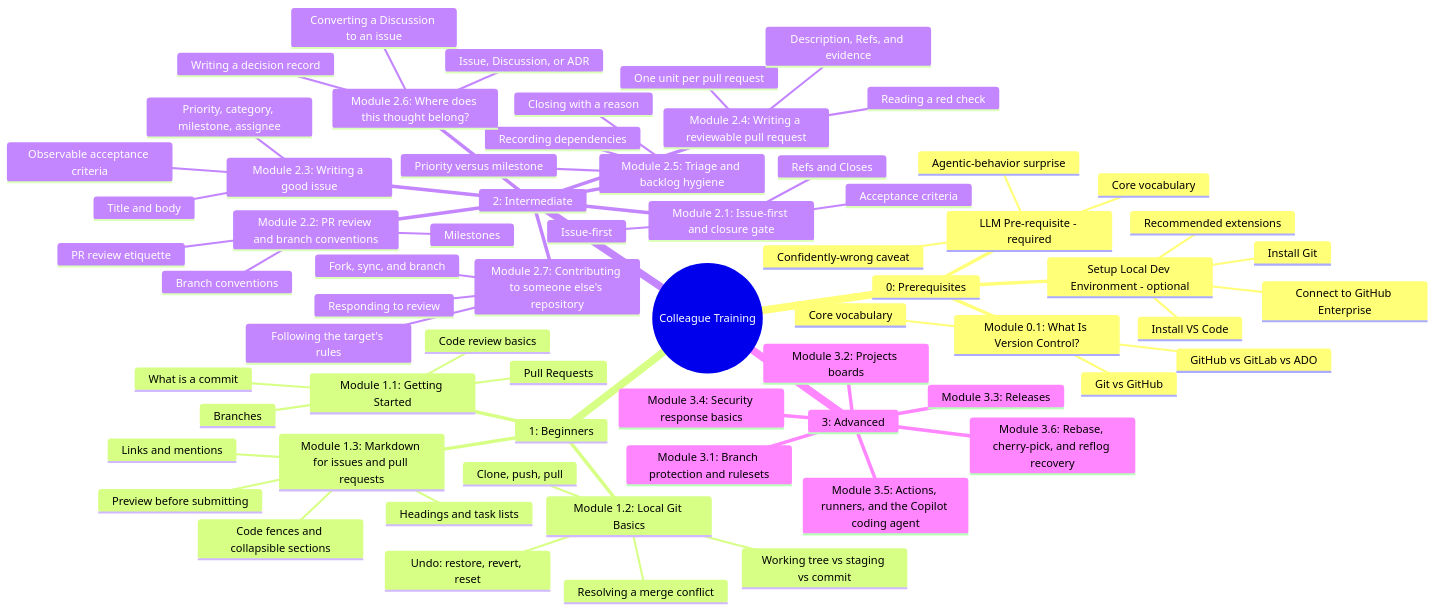
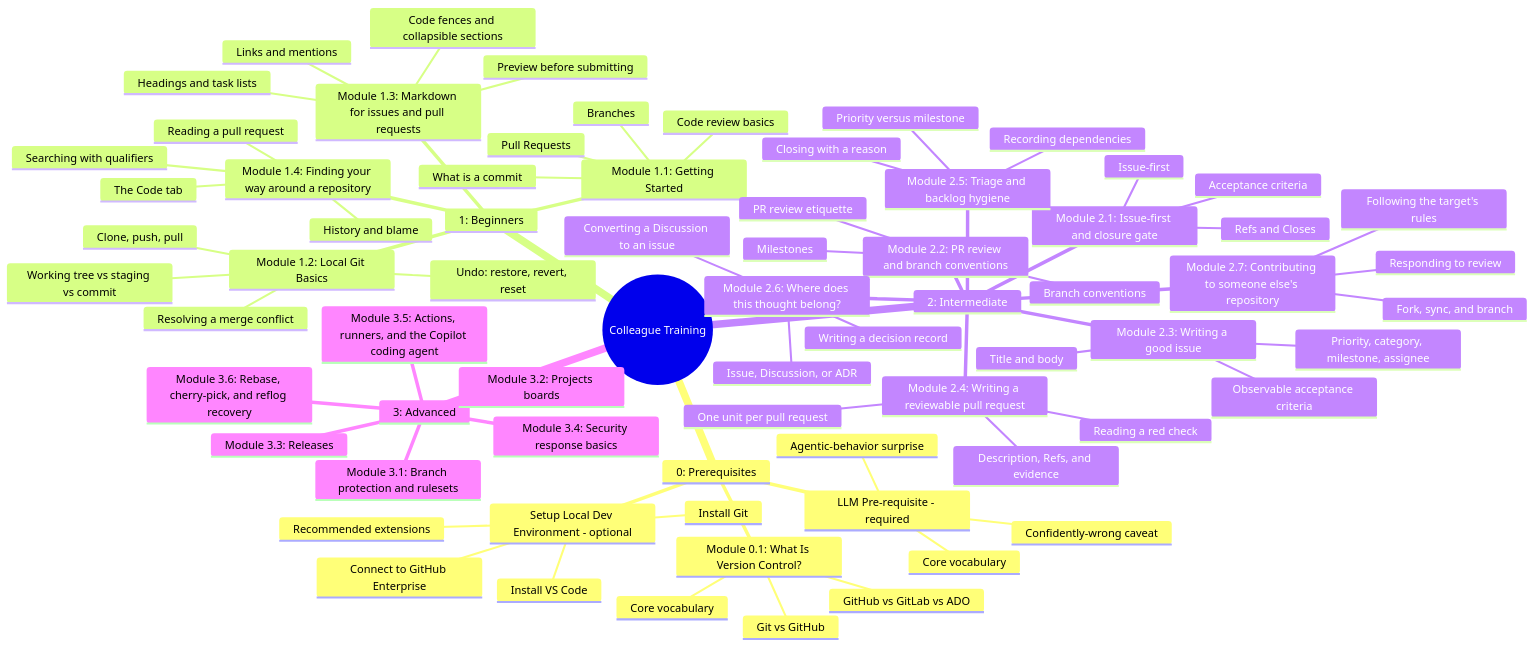
One commit to JeanKadang/DOC-GitHub-Practice-Skills changed the second of 2 diagrams in education/README.md. Above: the diagram before and after it, drawn with Mermaid. The commit also changed other lines of this file and 3 other files, not shown here.

First line of the commit message:
docs: add Module 1.4, finding your way around a repository

````diff
--- a/education/README.md
+++ b/education/README.md
@@ -116,70 +118,75 @@
 ```mermaid
 mindmap
   root((Colleague Training))
     0: Prerequisites
       Module 0.1: What Is Version Control?
         Git vs GitHub
         Core vocabulary
         GitHub vs GitLab vs ADO
       LLM Pre-requisite - required
         Core vocabulary
         Agentic-behavior surprise
         Confidently-wrong caveat
       Setup Local Dev Environment - optional
         Install Git
         Install VS Code
         Connect to GitHub Enterprise
         Recommended extensions
     1: Beginners
       Module 1.1: Getting Started
         What is a commit
         Branches
         Pull Requests
         Code review basics
       Module 1.2: Local Git Basics
         Working tree vs staging vs commit
         Clone, push, pull
         Resolving a merge conflict
         Undo: restore, revert, reset
       Module 1.3: Markdown for issues and pull requests
         Headings and task lists
         Code fences and collapsible sections
         Links and mentions
         Preview before submitting
+      Module 1.4: Finding your way around a repository
+        The Code tab
+        History and blame
+        Searching with qualifiers
+        Reading a pull request
     2: Intermediate
       Module 2.1: Issue-first and closure gate
         Issue-first
         Refs and Closes
         Acceptance criteria
       Module 2.2: PR review and branch conventions
         PR review etiquette
         Branch conventions
         Milestones
       Module 2.3: Writing a good issue
         Title and body
         Observable acceptance criteria
         Priority, category, milestone, assignee
       Module 2.4: Writing a reviewable pull request
         One unit per pull request
         Description, Refs, and evidence
         Reading a red check
       Module 2.5: Triage and backlog hygiene
         Priority versus milestone
         Recording dependencies
         Closing with a reason
       Module 2.6: Where does this thought belong?
         Issue, Discussion, or ADR
         Converting a Discussion to an issue
         Writing a decision record
       Module 2.7: Contributing to someone else's repository
         Fork, sync, and branch
         Following the target's rules
         Responding to review
     3: Advanced
       Module 3.1: Branch protection and rulesets
       Module 3.2: Projects boards
       Module 3.3: Releases
       Module 3.4: Security response basics
       Module 3.5: Actions, runners, and the Copilot coding agent
       Module 3.6: Rebase, cherry-pick, and reflog recovery
 ```
````
